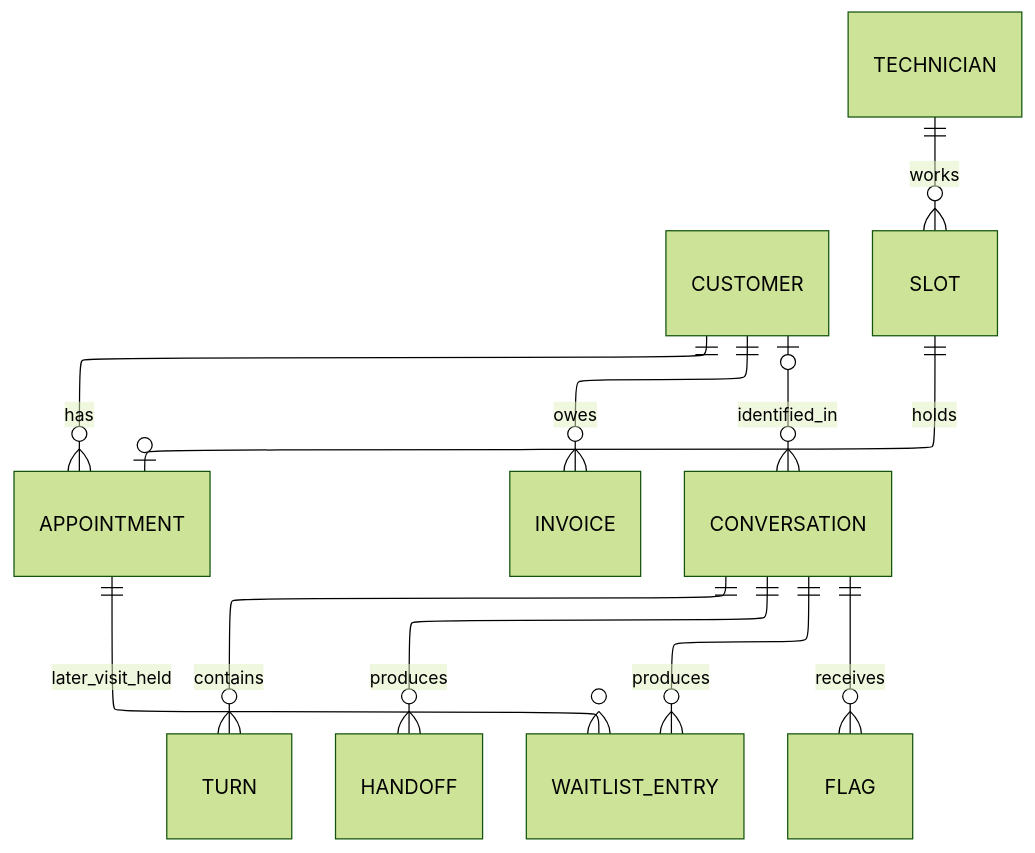
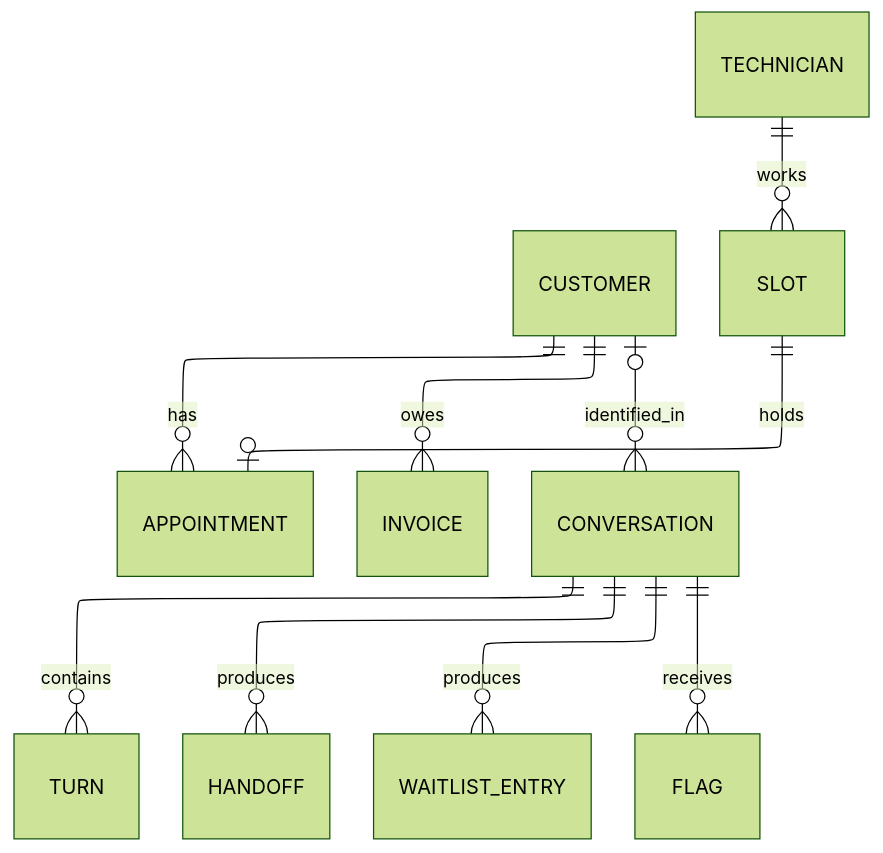
One commit to ThinkBuildMake/aea-fde-challenge changed the second of 3 diagrams in docs/HIGH_LEVEL_DESIGN.md. Above: the diagram before and after it, drawn with Mermaid (forest theme). The commit also changed other lines of this file and 2 other files, not shown here.

````diff
--- a/docs/HIGH_LEVEL_DESIGN.md
+++ b/docs/HIGH_LEVEL_DESIGN.md
@@ -84,17 +84,16 @@
 ```mermaid
 ---
 config:
   layout: elk
 ---
 erDiagram
   CUSTOMER ||--o{ APPOINTMENT : has
   CUSTOMER ||--o{ INVOICE : owes
   TECHNICIAN ||--o{ SLOT : works
   SLOT ||--o| APPOINTMENT : holds
   CUSTOMER |o--o{ CONVERSATION : identified_in
   CONVERSATION ||--o{ TURN : contains
   CONVERSATION ||--o{ HANDOFF : produces
   CONVERSATION ||--o{ WAITLIST_ENTRY : produces
   CONVERSATION ||--o{ FLAG : receives
-  APPOINTMENT ||--o{ WAITLIST_ENTRY : later_visit_held
 ```
````
